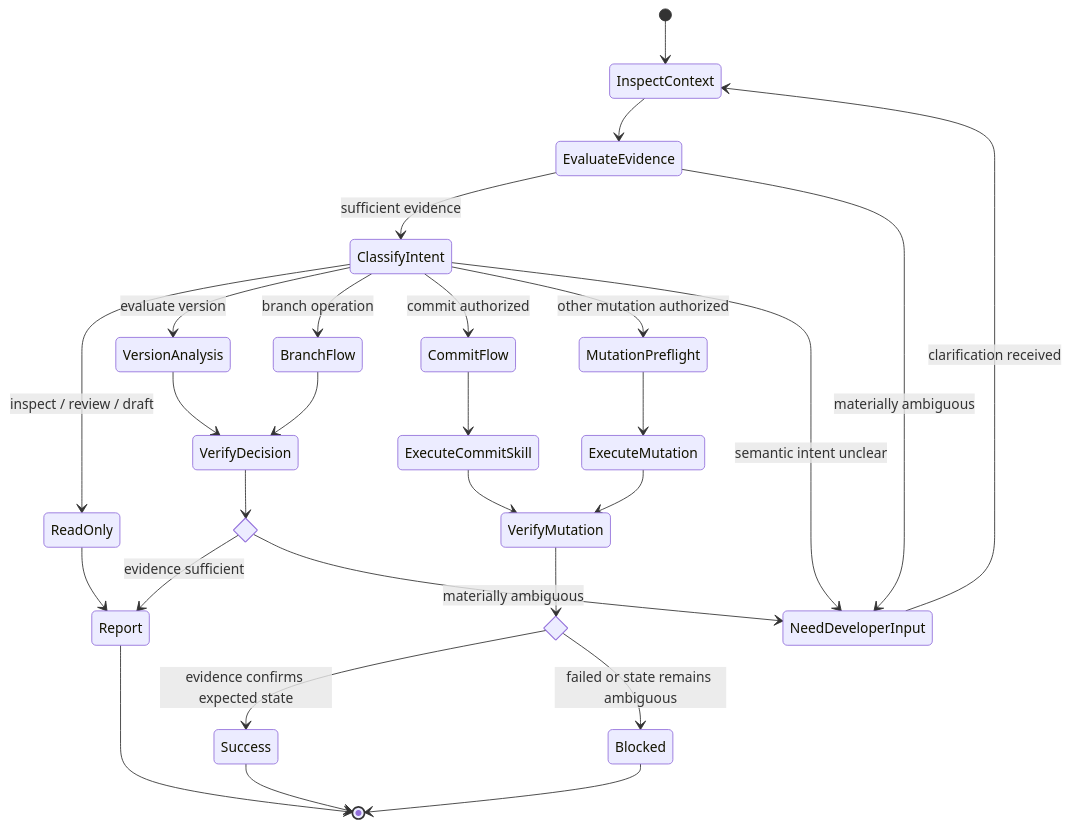
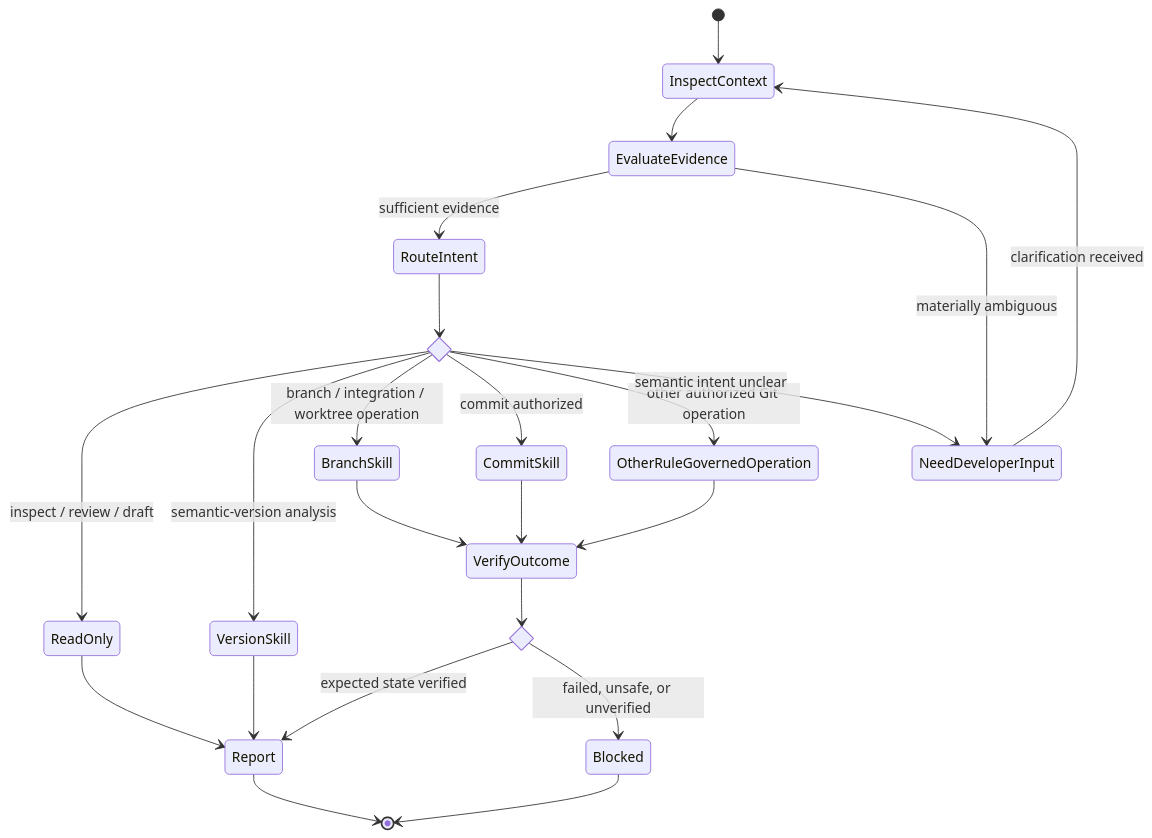
The diagram in contexts/git/agents/git-engineer.md (JadsonLucena/agent-toolkit), drawn with Mermaid before and after one commit. The commit also changed other lines of this file and 14 other files, not shown here.

````diff
--- a/contexts/git/agents/git-engineer.md
+++ b/contexts/git/agents/git-engineer.md
@@ -40,41 +42,34 @@
 ```mermaid
 stateDiagram-v2
     [*] --> InspectContext
     InspectContext --> EvaluateEvidence
 
     state EvaluateEvidence <<choice>>
-    EvaluateEvidence --> ClassifyIntent: sufficient evidence
+    EvaluateEvidence --> RouteIntent: sufficient evidence
     EvaluateEvidence --> NeedDeveloperInput: materially ambiguous
 
     NeedDeveloperInput --> InspectContext: clarification received
 
-    state ClassifyIntent <<choice>>
-    ClassifyIntent --> ReadOnly: inspect / review / draft
-    ClassifyIntent --> VersionAnalysis: evaluate version
-    ClassifyIntent --> BranchFlow: branch operation
-    ClassifyIntent --> CommitFlow: commit authorized
-    ClassifyIntent --> MutationPreflight: other mutation authorized
-    ClassifyIntent --> NeedDeveloperInput: semantic intent unclear
+    state Route <<choice>>
+    RouteIntent --> Route
+    Route --> ReadOnly: inspect / review / draft
+    Route --> VersionSkill: semantic-version analysis
+    Route --> BranchSkill: branch / integration / worktree operation
+    Route --> CommitSkill: commit authorized
+    Route --> OtherRuleGovernedOperation: other authorized Git operation
+    Route --> NeedDeveloperInput: semantic intent unclear
 
     ReadOnly --> Report
-    VersionAnalysis --> VerifyDecision
-    BranchFlow --> VerifyDecision
-    CommitFlow --> ExecuteCommitSkill
-    ExecuteCommitSkill --> VerifyMutation
-    MutationPreflight --> ExecuteMutation
-    ExecuteMutation --> VerifyMutation
+    VersionSkill --> Report
+    BranchSkill --> VerifyOutcome
+    CommitSkill --> VerifyOutcome
+    OtherRuleGovernedOperation --> VerifyOutcome
 
-    state DecisionResult <<choice>>
-    VerifyDecision --> DecisionResult
-    DecisionResult --> Report: evidence sufficient
-    DecisionResult --> NeedDeveloperInput: materially ambiguous
-
-    state MutationResult <<choice>>
-    VerifyMutation --> MutationResult
-    MutationResult --> Success: evidence confirms expected state
-    MutationResult --> Blocked: failed or state remains ambiguous
+    state Outcome <<choice>>
+    VerifyOutcome --> Outcome
+    Outcome --> Report: expected state verified
+    Outcome --> Blocked: failed, unsafe, or unverified
 
     Report --> [*]
-    Success --> [*]
     Blocked --> [*]
 ```
````
